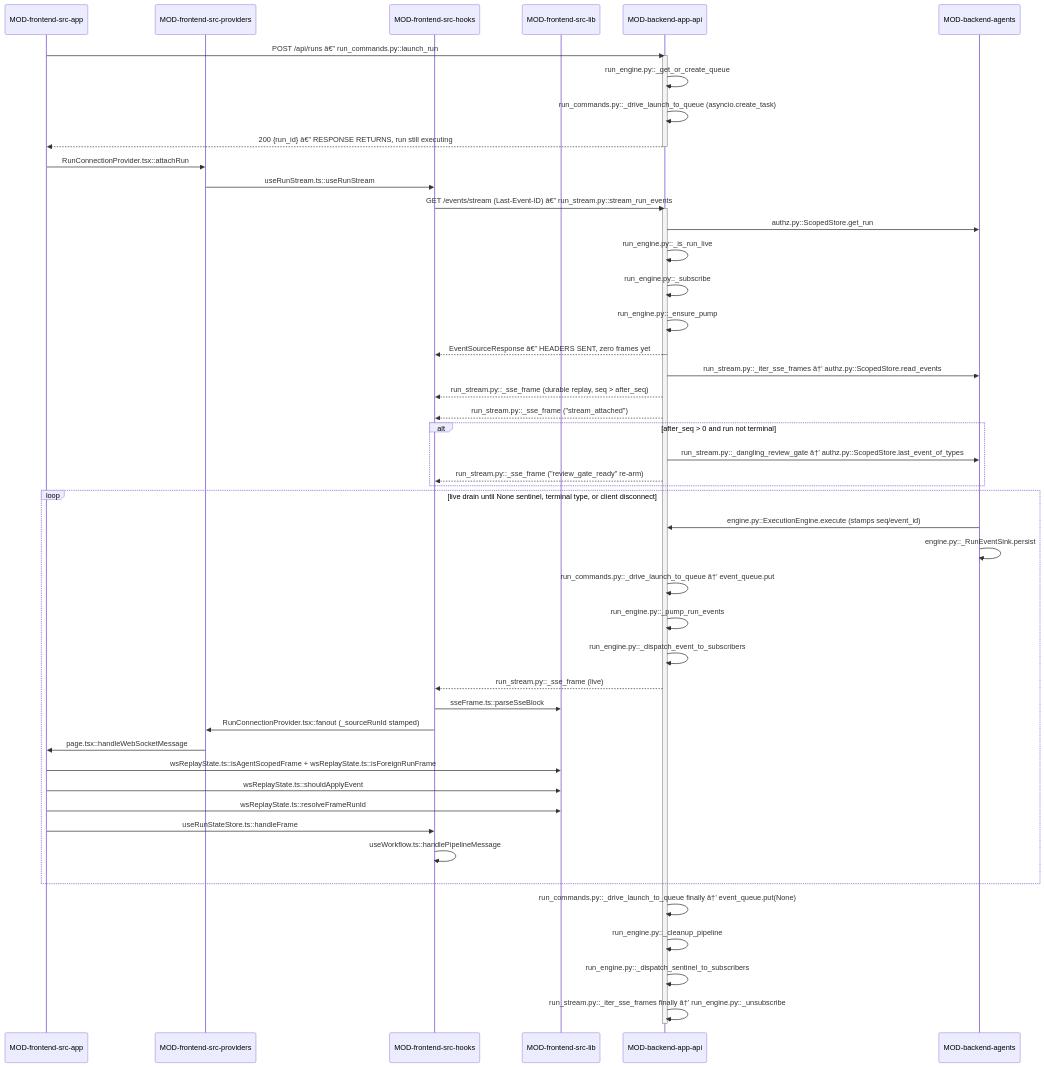
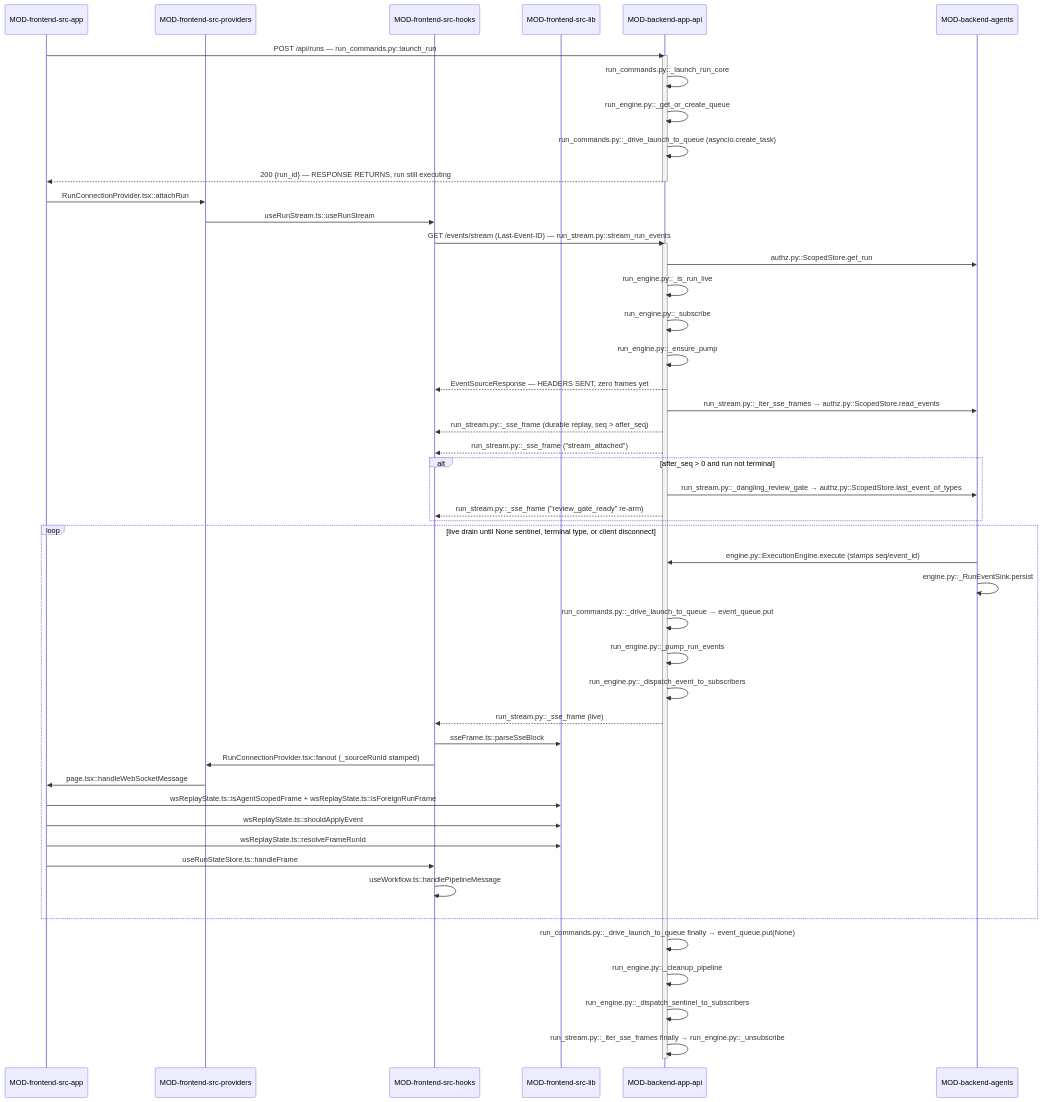
The second of 2 diagrams in .knowledge/architecture/DOMAIN-run-streaming.md (prateek-sinha7/IdeaFlowAI), drawn with Mermaid before and after one commit. The commit also changed other lines of this file and 4493 other files, not shown here.

````diff
--- a/.knowledge/architecture/DOMAIN-run-streaming.md
+++ b/.knowledge/architecture/DOMAIN-run-streaming.md
@@ -177,59 +198,60 @@
 ```mermaid
 sequenceDiagram
     participant MOD-frontend-src-app
     participant MOD-frontend-src-providers
     participant MOD-frontend-src-hooks
     participant MOD-frontend-src-lib
     participant MOD-backend-app-api
     participant MOD-backend-agents
 
-    MOD-frontend-src-app->>MOD-backend-app-api: POST /api/runs â€” run_commands.py::launch_run
+    MOD-frontend-src-app->>MOD-backend-app-api: POST /api/runs — run_commands.py::launch_run
     activate MOD-backend-app-api
+    MOD-backend-app-api->>MOD-backend-app-api: run_commands.py::_launch_run_core
     MOD-backend-app-api->>MOD-backend-app-api: run_engine.py::_get_or_create_queue
     MOD-backend-app-api->>MOD-backend-app-api: run_commands.py::_drive_launch_to_queue (asyncio.create_task)
-    MOD-backend-app-api-->>MOD-frontend-src-app: 200 {run_id} â€” RESPONSE RETURNS, run still executing
+    MOD-backend-app-api-->>MOD-frontend-src-app: 200 {run_id} — RESPONSE RETURNS, run still executing
     deactivate MOD-backend-app-api
 
     MOD-frontend-src-app->>MOD-frontend-src-providers: RunConnectionProvider.tsx::attachRun
     MOD-frontend-src-providers->>MOD-frontend-src-hooks: useRunStream.ts::useRunStream
-    MOD-frontend-src-hooks->>MOD-backend-app-api: GET /events/stream (Last-Event-ID) â€” run_stream.py::stream_run_events
+    MOD-frontend-src-hooks->>MOD-backend-app-api: GET /events/stream (Last-Event-ID) — run_stream.py::stream_run_events
     activate MOD-backend-app-api
     MOD-backend-app-api->>MOD-backend-agents: authz.py::ScopedStore.get_run
     MOD-backend-app-api->>MOD-backend-app-api: run_engine.py::_is_run_live
     MOD-backend-app-api->>MOD-backend-app-api: run_engine.py::_subscribe
     MOD-backend-app-api->>MOD-backend-app-api: run_engine.py::_ensure_pump
-    MOD-backend-app-api-->>MOD-frontend-src-hooks: EventSourceResponse â€” HEADERS SENT, zero frames yet
+    MOD-backend-app-api-->>MOD-frontend-src-hooks: EventSourceResponse — HEADERS SENT, zero frames yet
     deactivate MOD-backend-app-api
 
     activate MOD-backend-app-api
-    MOD-backend-app-api->>MOD-backend-agents: run_stream.py::_iter_sse_frames â†’ authz.py::ScopedStore.read_events
+    MOD-backend-app-api->>MOD-backend-agents: run_stream.py::_iter_sse_frames → authz.py::ScopedStore.read_events
     MOD-backend-app-api-->>MOD-frontend-src-hooks: run_stream.py::_sse_frame (durable replay, seq > after_seq)
     MOD-backend-app-api-->>MOD-frontend-src-hooks: run_stream.py::_sse_frame ("stream_attached")
     alt after_seq > 0 and run not terminal
-        MOD-backend-app-api->>MOD-backend-agents: run_stream.py::_dangling_review_gate â†’ authz.py::ScopedStore.last_event_of_types
+        MOD-backend-app-api->>MOD-backend-agents: run_stream.py::_dangling_review_gate → authz.py::ScopedStore.last_event_of_types
         MOD-backend-app-api-->>MOD-frontend-src-hooks: run_stream.py::_sse_frame ("review_gate_ready" re-arm)
     end
 
     loop live drain until None sentinel, terminal type, or client disconnect
         MOD-backend-agents->>MOD-backend-app-api: engine.py::ExecutionEngine.execute (stamps seq/event_id)
         MOD-backend-agents->>MOD-backend-agents: engine.py::_RunEventSink.persist
-        MOD-backend-app-api->>MOD-backend-app-api: run_commands.py::_drive_launch_to_queue â†’ event_queue.put
+        MOD-backend-app-api->>MOD-backend-app-api: run_commands.py::_drive_launch_to_queue → event_queue.put
         MOD-backend-app-api->>MOD-backend-app-api: run_engine.py::_pump_run_events
         MOD-backend-app-api->>MOD-backend-app-api: run_engine.py::_dispatch_event_to_subscribers
         MOD-backend-app-api-->>MOD-frontend-src-hooks: run_stream.py::_sse_frame (live)
         MOD-frontend-src-hooks->>MOD-frontend-src-lib: sseFrame.ts::parseSseBlock
         MOD-frontend-src-hooks->>MOD-frontend-src-providers: RunConnectionProvider.tsx::fanout (_sourceRunId stamped)
         MOD-frontend-src-providers->>MOD-frontend-src-app: page.tsx::handleWebSocketMessage
         MOD-frontend-src-app->>MOD-frontend-src-lib: wsReplayState.ts::isAgentScopedFrame + wsReplayState.ts::isForeignRunFrame
         MOD-frontend-src-app->>MOD-frontend-src-lib: wsReplayState.ts::shouldApplyEvent
         MOD-frontend-src-app->>MOD-frontend-src-lib: wsReplayState.ts::resolveFrameRunId
         MOD-frontend-src-app->>MOD-frontend-src-hooks: useRunStateStore.ts::handleFrame
         MOD-frontend-src-hooks->>MOD-frontend-src-hooks: useWorkflow.ts::handlePipelineMessage
     end
 
-    MOD-backend-app-api->>MOD-backend-app-api: run_commands.py::_drive_launch_to_queue finally â†’ event_queue.put(None)
+    MOD-backend-app-api->>MOD-backend-app-api: run_commands.py::_drive_launch_to_queue finally → event_queue.put(None)
     MOD-backend-app-api->>MOD-backend-app-api: run_engine.py::_cleanup_pipeline
     MOD-backend-app-api->>MOD-backend-app-api: run_engine.py::_dispatch_sentinel_to_subscribers
-    MOD-backend-app-api->>MOD-backend-app-api: run_stream.py::_iter_sse_frames finally â†’ run_engine.py::_unsubscribe
+    MOD-backend-app-api->>MOD-backend-app-api: run_stream.py::_iter_sse_frames finally → run_engine.py::_unsubscribe
     deactivate MOD-backend-app-api
 ```
````
